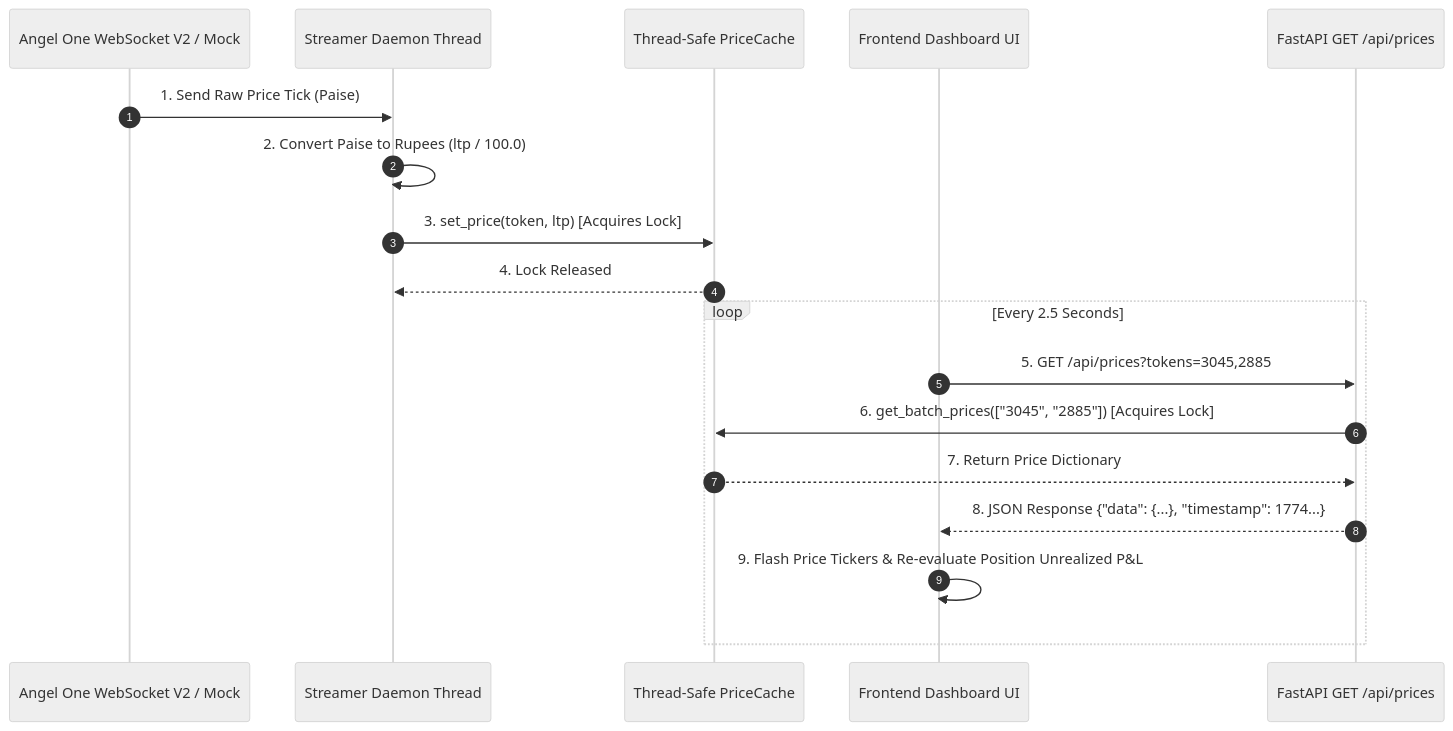
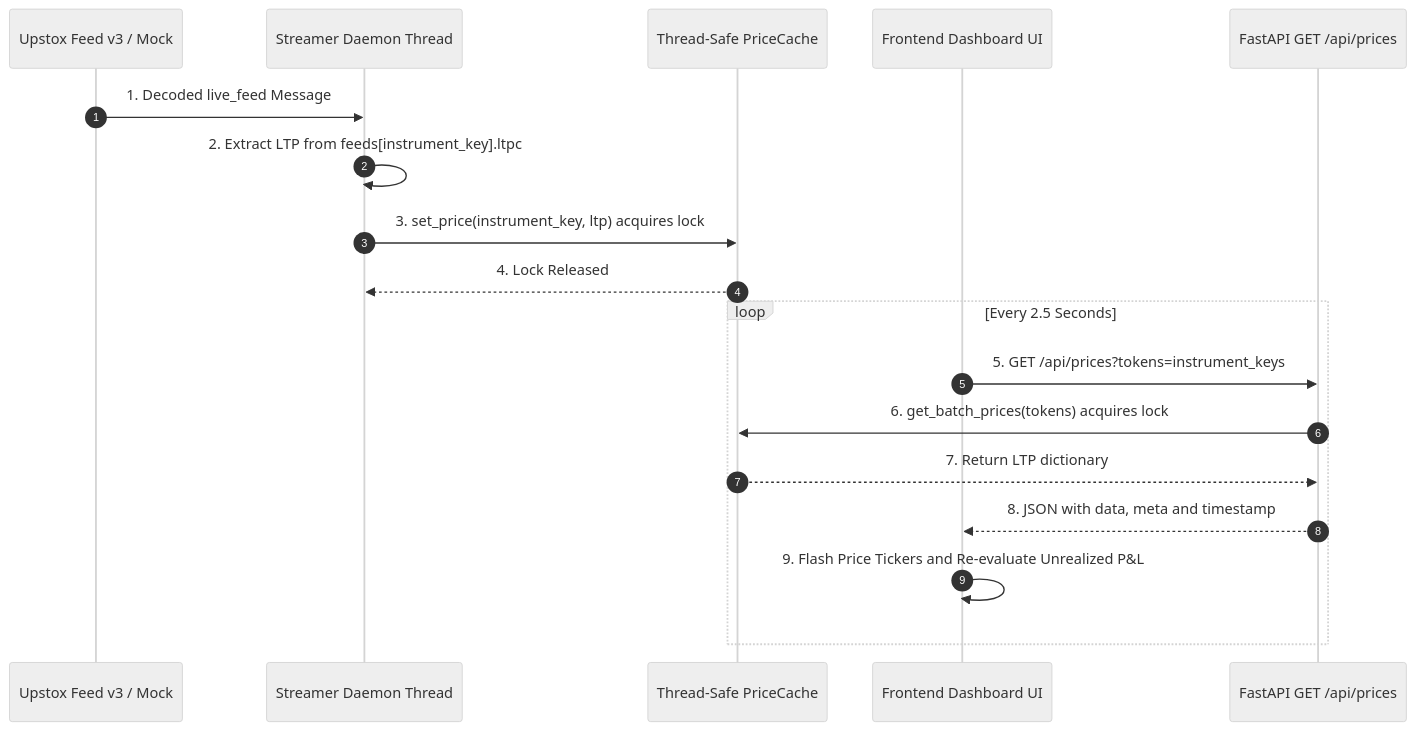
The second of 6 diagrams in docs/architecture.md (rachit-suresh/stock-journal), drawn with Mermaid (neutral theme) before and after one commit. The commit also changed other lines of this file and 7 other files, not shown here.

First line of the commit message:
docs: spec-driven baseline, audit trail, architecture corrections

````diff
--- a/docs/architecture.md
+++ b/docs/architecture.md
@@ -53,21 +60,21 @@
 ```mermaid
 sequenceDiagram
     autonumber
-    participant Exchange as Angel One WebSocket V2 / Mock
+    participant Exchange as Upstox Feed v3 / Mock
     participant Streamer as Streamer Daemon Thread
     participant Cache as Thread-Safe PriceCache
     participant Client as Frontend Dashboard UI
     participant API as FastAPI GET /api/prices
 
-    Exchange->>Streamer: 1. Send Raw Price Tick (Paise)
-    Streamer->>Streamer: 2. Convert Paise to Rupees (ltp / 100.0)
-    Streamer->>Cache: 3. set_price(token, ltp) [Acquires Lock]
+    Exchange->>Streamer: 1. Decoded live_feed Message
+    Streamer->>Streamer: 2. Extract LTP from feeds[instrument_key].ltpc
+    Streamer->>Cache: 3. set_price(instrument_key, ltp) acquires lock
     Cache-->>Streamer: 4. Lock Released
     loop Every 2.5 Seconds
-        Client->>API: 5. GET /api/prices?tokens=3045,2885
-        API->>Cache: 6. get_batch_prices(["3045", "2885"]) [Acquires Lock]
-        Cache-->>API: 7. Return Price Dictionary
-        API-->>Client: 8. JSON Response {"data": {...}, "timestamp": 1774...}
-        Client->>Client: 9. Flash Price Tickers & Re-evaluate Position Unrealized P&L
+        Client->>API: 5. GET /api/prices?tokens=instrument_keys
+        API->>Cache: 6. get_batch_prices(tokens) acquires lock
+        Cache-->>API: 7. Return LTP dictionary
+        API-->>Client: 8. JSON with data, meta and timestamp
+        Client->>Client: 9. Flash Price Tickers and Re-evaluate Unrealized P&L
     end
 ```
````
